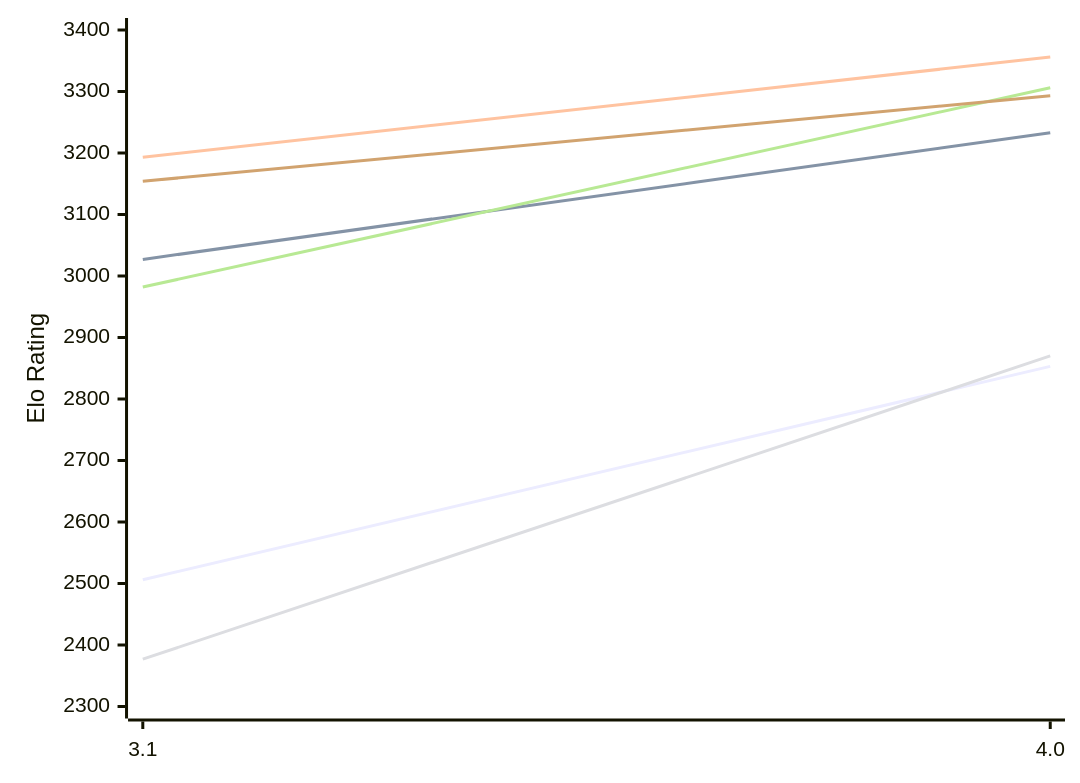
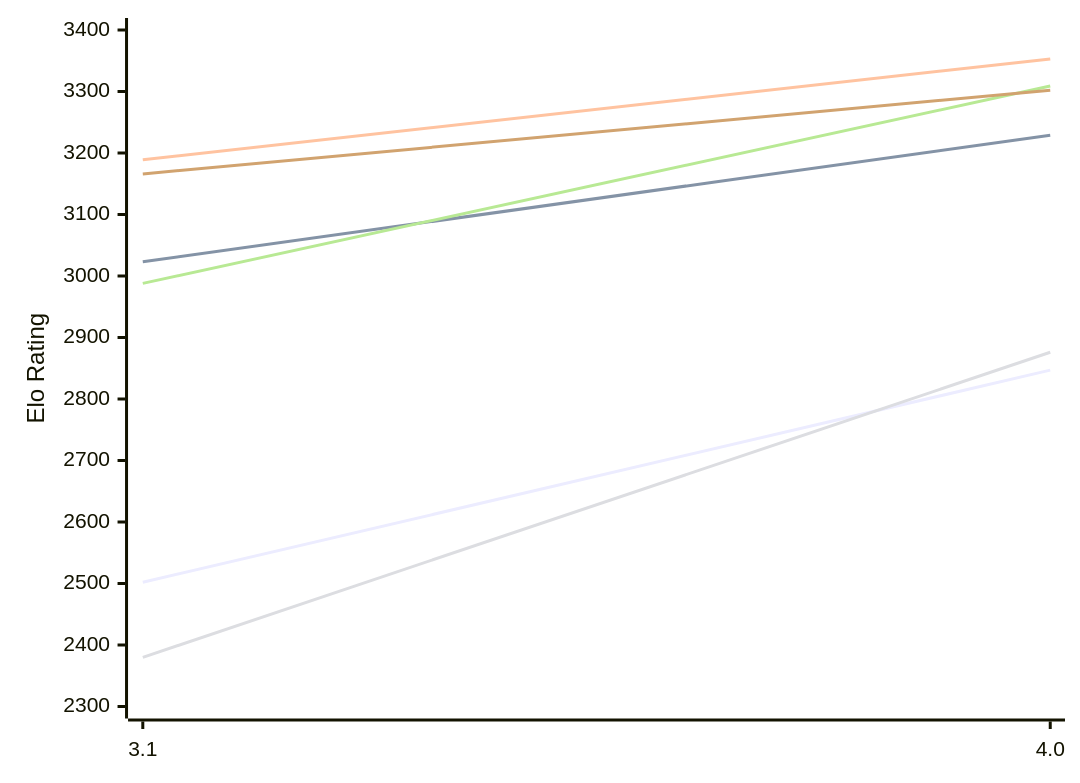
The first of 2 diagrams in engines/Sykora.md (computer-chess-index/cci), drawn with Mermaid before and after one commit. The commit also changed other lines of this file, not shown here.

Commit message:
Update CCI Ratings (ELO VLTC) - 2026-11-21

````diff
--- a/engines/Sykora.md
+++ b/engines/Sykora.md
@@ -53,12 +53,12 @@
 ```mermaid
 %%{init: {"theme":"base","themeVariables":{"seriesColors:['#a3a3a3','#222221','#faa371']}}}%%
 xychart-beta
   x-axis ["3.1", "4.0"]
   y-axis "Elo Rating" 2300 --> 3400
-  line "E1: STC (8.0+0.08s)" [2506, 2853]
-  line "E1: LTC (60.0+0.60s)" [3027, 3233]
-  line "E1: VLTC (2m24s+1.12s)" [3193, 3356]
-  line "P1: STC (8.0+0.08s)" [2377, 2870]
-  line "P1: LTC (60.0+0.60s)" [2982, 3306]
-  line "P1: VLTC (2m24s+1.12s)" [3154, 3293]
+  line "E1: STC (8.0+0.08s)" [2502, 2847]
+  line "E1: LTC (60.0+0.60s)" [3023, 3229]
+  line "E1: VLTC (2m24s+1.12s)" [3189, 3353]
+  line "P1: STC (8.0+0.08s)" [2380, 2876]
+  line "P1: LTC (60.0+0.60s)" [2988, 3309]
+  line "P1: VLTC (2m24s+1.12s)" [3166, 3302]
 ```
````
